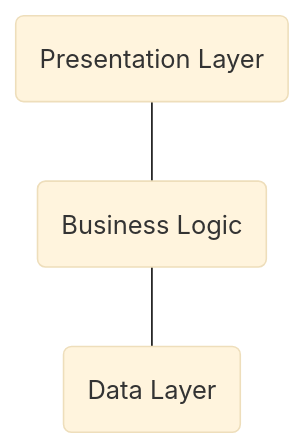
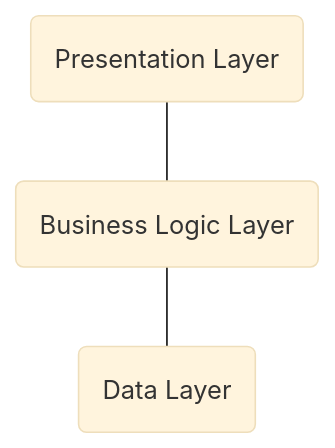
Before and after one commit to ukritfongsomboon/Hexagonal: the first of 2 diagrams in README.MD, drawn with Mermaid (base theme). The commit also changed other lines of this file, not shown here.

````diff
--- a/README.MD
+++ b/README.MD
@@ -14,5 +15,5 @@
 ```mermaid
 flowchart TB
-A(Presentation Layer) --- B(Business Logic)
+A(Presentation Layer) --- B(Business Logic Layer)
 B --- C(Data Layer)
 ```
````
